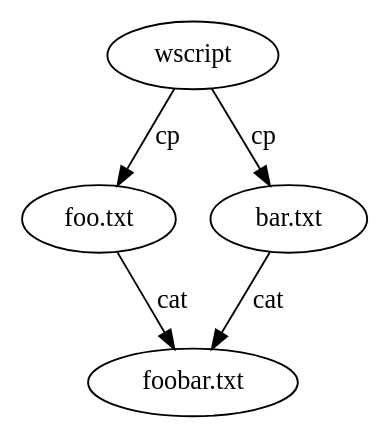
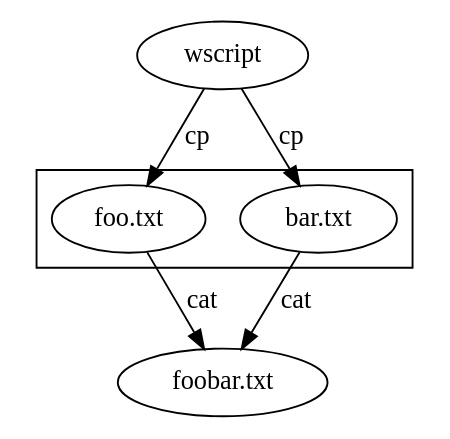
The diagram in docs/book/manualtasks.dot (silnrsi/smith), drawn with Graphviz before and after one commit.

```diff
--- a/docs/book/manualtasks.dot
+++ b/docs/book/manualtasks.dot
@@ -1,12 +1,18 @@
 digraph G {
 
+	subgraph clusterA {
+		rank = same
+		foo     [label="foo.txt"]
+		bar     [label="bar.txt"]
+	}
+
 	wscript [label="wscript"]
-	foo     [label="foo.txt"]
-	bar     [label="bar.txt"]
 	foobar  [label="foobar.txt"]
 
+	// stupid graphviz does not support adding links to clusters
+	// clusterA -> foobar [label="cat"];
 	wscript -> foo [label="cp"];
 	wscript -> bar [label="cp"];
 	foo -> foobar [label="cat"];
 	bar -> foobar [label="cat"];
 }
```
